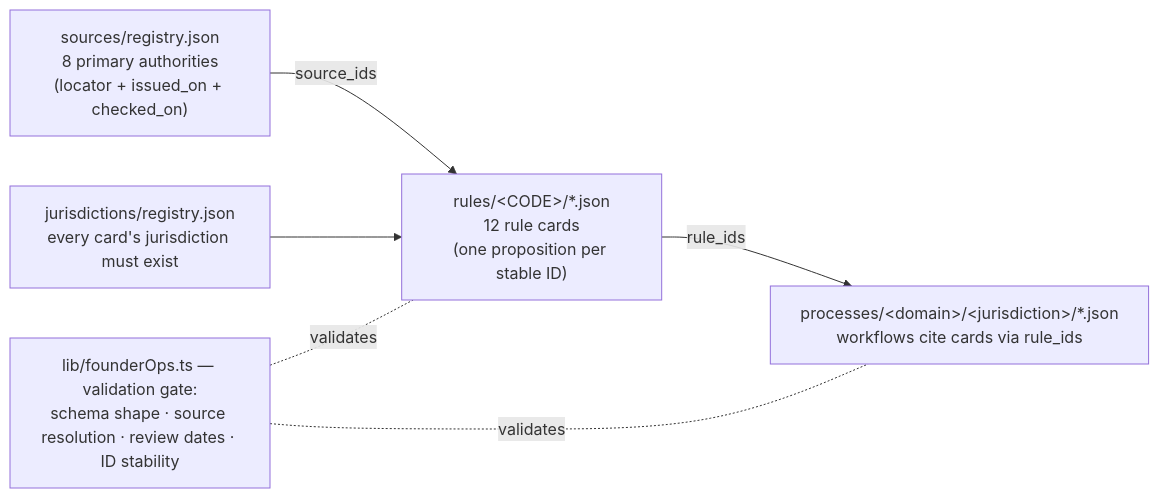
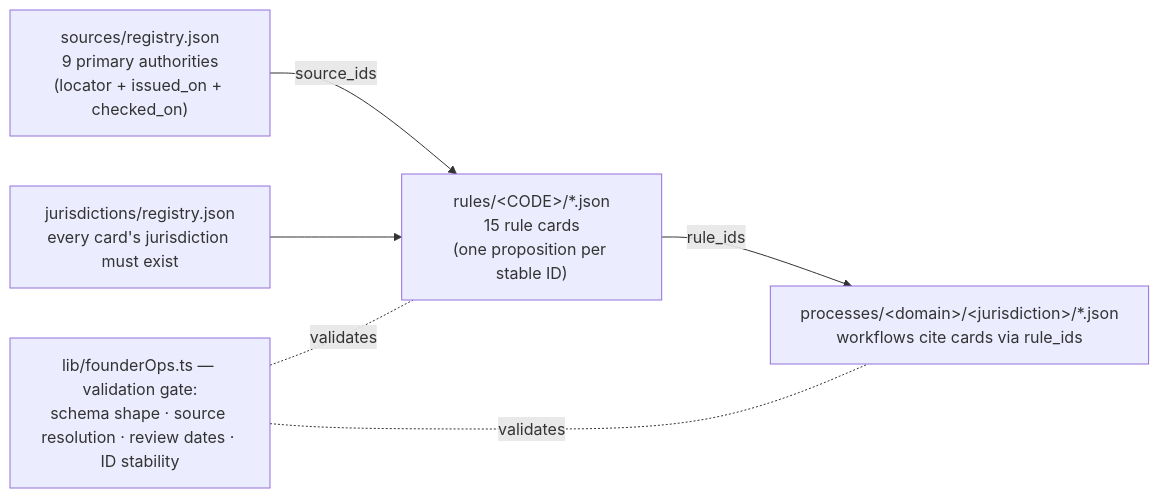
One commit to ultrametricai/productarena changed the diagram in rules/README.md. Above: the diagram before and after it, drawn with Mermaid. The commit also changed other lines of this file and 9 other files, not shown here.

````diff
--- a/rules/README.md
+++ b/rules/README.md
@@ -39,12 +39,12 @@
 ```mermaid
 flowchart LR
-  sources["sources/registry.json<br/>8 primary authorities<br/>(locator + issued_on + checked_on)"]
-  rules["rules/&lt;CODE&gt;/*.json<br/>12 rule cards<br/>(one proposition per stable ID)"]
+  sources["sources/registry.json<br/>9 primary authorities<br/>(locator + issued_on + checked_on)"]
+  rules["rules/&lt;CODE&gt;/*.json<br/>15 rule cards<br/>(one proposition per stable ID)"]
   workflows["processes/&lt;domain&gt;/&lt;jurisdiction&gt;/*.json<br/>workflows cite cards via rule_ids"]
   registry["jurisdictions/registry.json<br/>every card's jurisdiction must exist"]
   sources -->|source_ids| rules -->|rule_ids| workflows
   registry --> rules
   gate["lib/founderOps.ts — validation gate:<br/>schema shape · source resolution · review dates · ID stability"]
   gate -.validates.- rules
   gate -.validates.- workflows
 ```
````
